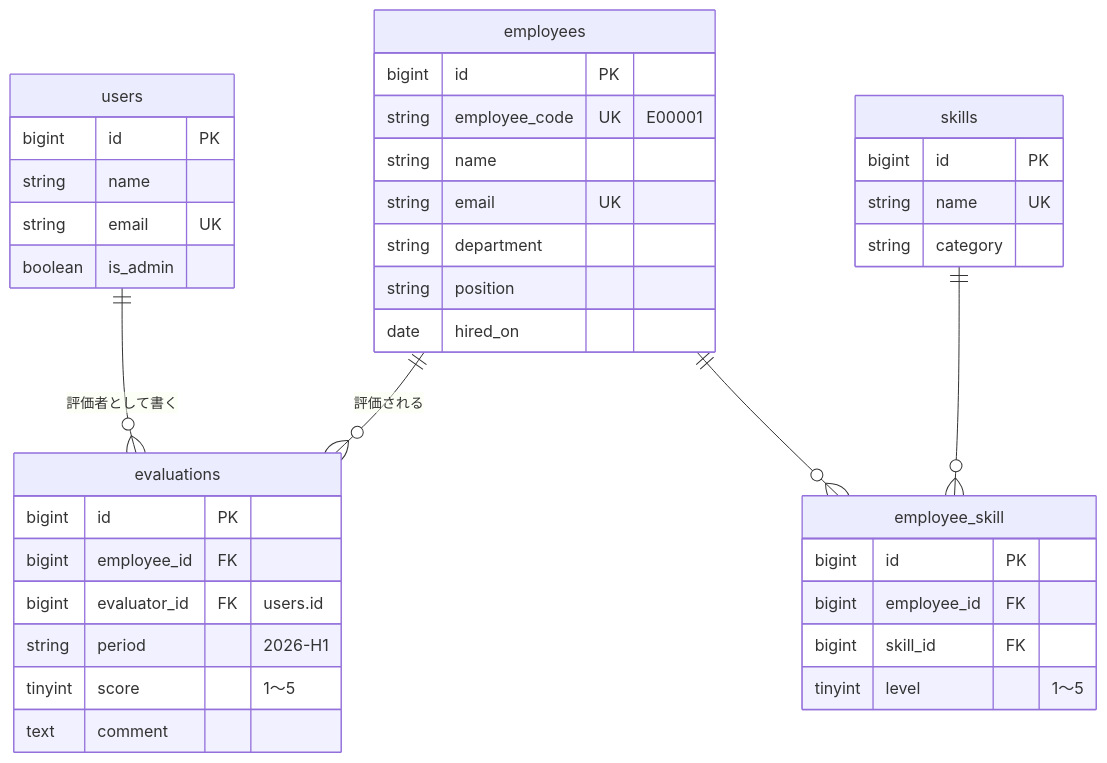
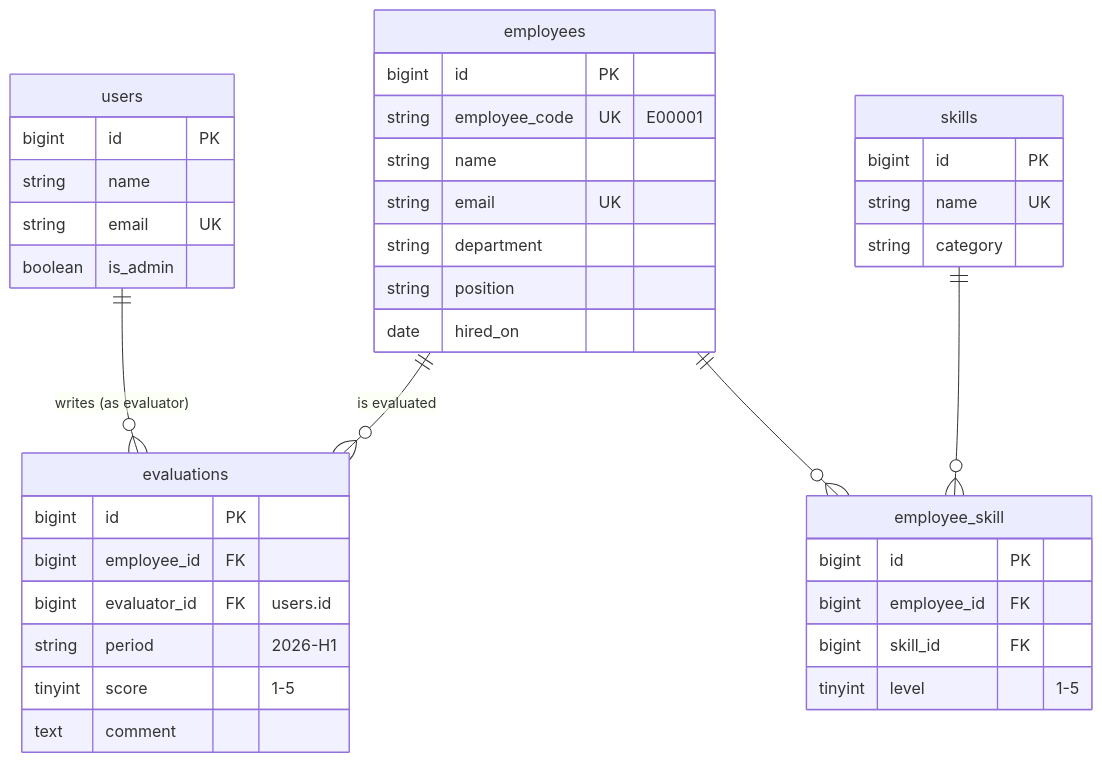
Before and after one commit to DevMonkey3/skill-eval-app: the diagram in README.md, drawn with Mermaid. The commit also changed other lines of this file, not shown here.

````diff
--- a/README.md
+++ b/README.md
@@ -43,42 +43,42 @@
 ```mermaid
 erDiagram
-    users ||--o{ evaluations : "評価者として書く"
-    employees ||--o{ evaluations : "評価される"
+    users ||--o{ evaluations : "writes (as evaluator)"
+    employees ||--o{ evaluations : "is evaluated"
     employees ||--o{ employee_skill : ""
     skills ||--o{ employee_skill : ""
 
     users {
         bigint id PK
         string name
         string email UK
         boolean is_admin
     }
     employees {
         bigint id PK
         string employee_code UK "E00001"
         string name
         string email UK
         string department
         string position
         date hired_on
     }
     skills {
         bigint id PK
         string name UK
         string category
     }
     employee_skill {
         bigint id PK
         bigint employee_id FK
         bigint skill_id FK
-        tinyint level "1〜5"
+        tinyint level "1-5"
     }
     evaluations {
         bigint id PK
         bigint employee_id FK
         bigint evaluator_id FK "users.id"
         string period "2026-H1"
-        tinyint score "1〜5"
+        tinyint score "1-5"
         text comment
     }
 ```
````
